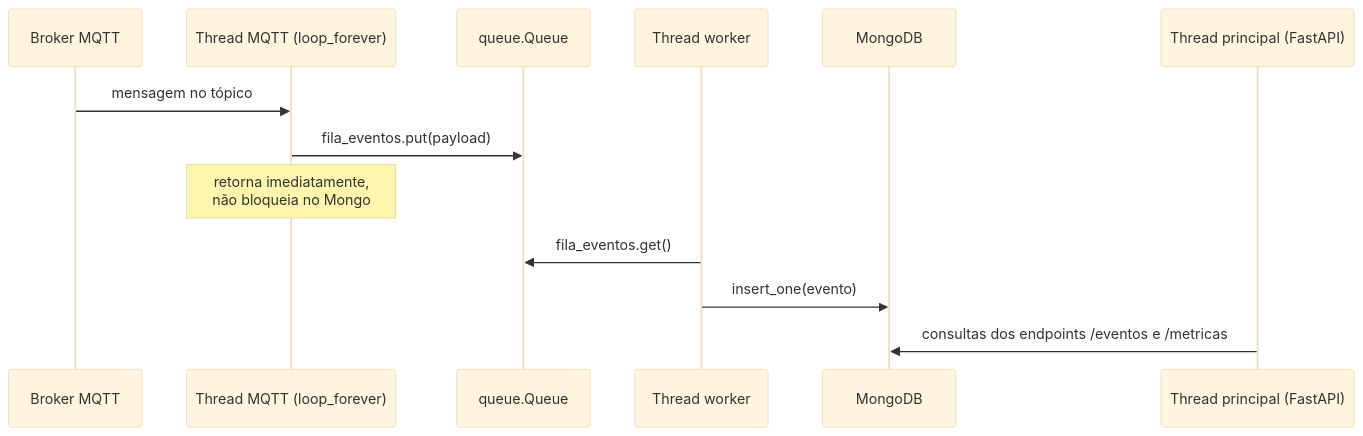
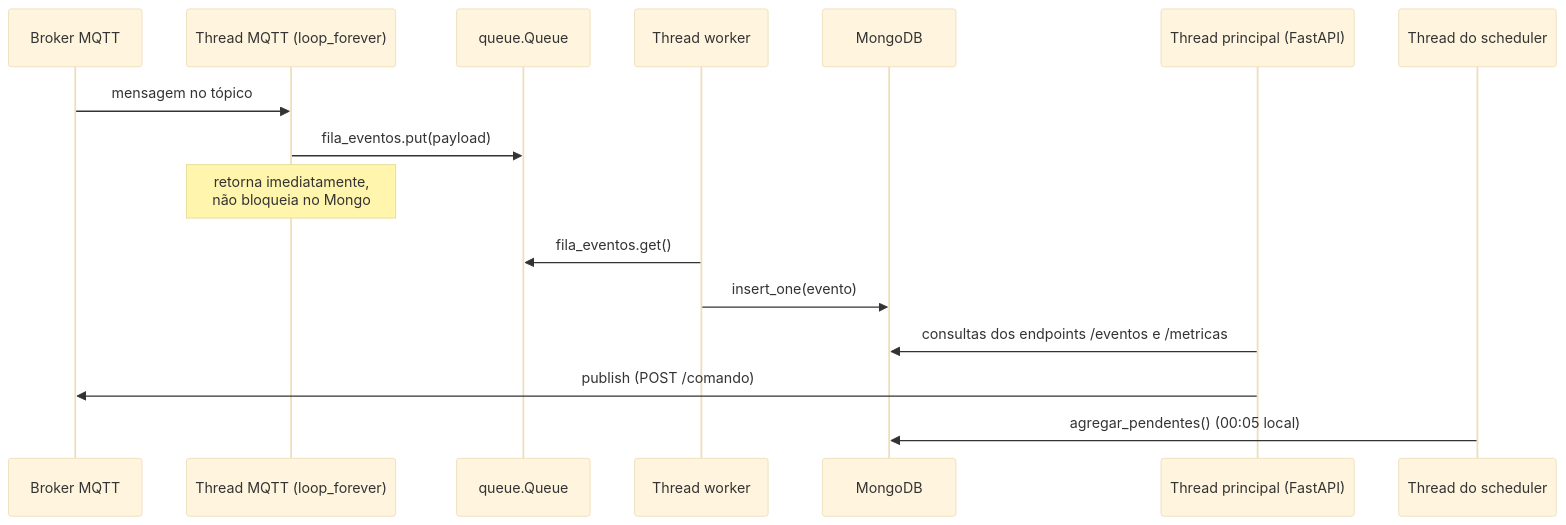
One commit to Julia-Amadio/iluminacao-inteligente-ubicomp changed the second of 2 diagrams in docs/ARCHITECTURE.md. Above: the diagram before and after it, drawn with Mermaid (base theme). The commit also changed other lines of this file and 2 other files, not shown here.

Commit message:
docs: atualiza arquitetura, registro de validação e roadmap

````diff
--- a/docs/ARCHITECTURE.md
+++ b/docs/ARCHITECTURE.md
@@ -118,16 +127,19 @@
 ```mermaid
 sequenceDiagram
     participant Broker as Broker MQTT
     participant T2 as Thread MQTT (loop_forever)
     participant Q as queue.Queue
     participant T3 as Thread worker
     participant DB as MongoDB
     participant T1 as Thread principal (FastAPI)
+    participant T4 as Thread do scheduler
 
     Broker->>T2: mensagem no tópico
     T2->>Q: fila_eventos.put(payload)
     Note over T2: retorna imediatamente,<br/>não bloqueia no Mongo
     T3->>Q: fila_eventos.get()
     T3->>DB: insert_one(evento)
     T1->>DB: consultas dos endpoints /eventos e /metricas
+    T1->>Broker: publish (POST /comando)
+    T4->>DB: agregar_pendentes() (00:05 local)
 ```
````
